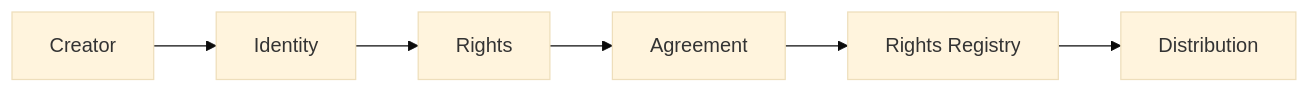
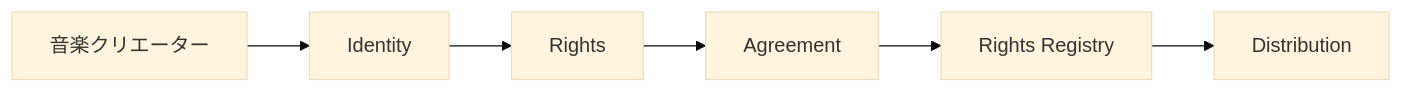
One commit to ShigeichiroYamasaki/creator-first-platform changed the seventh of 45 diagrams in docs/whitepaper/11-legal-sto-tax.md. Above: the diagram before and after it, drawn with Mermaid (base theme). The commit also changed other lines of this file and 67 other files, not shown here.

````diff
--- a/docs/whitepaper/11-legal-sto-tax.md
+++ b/docs/whitepaper/11-legal-sto-tax.md
@@ -208,11 +208,11 @@
 ```mermaid
 flowchart LR
-    APPLY[Creator]
+    APPLY[音楽クリエーター]
     KYC[Identity]
     RIGHTS[Rights]
     AGREEMENT[Agreement]
     REGISTRY[Rights Registry]
     DISTRIBUTION[Distribution]
 
     APPLY --> KYC --> RIGHTS --> AGREEMENT --> REGISTRY --> DISTRIBUTION
 ```
````
